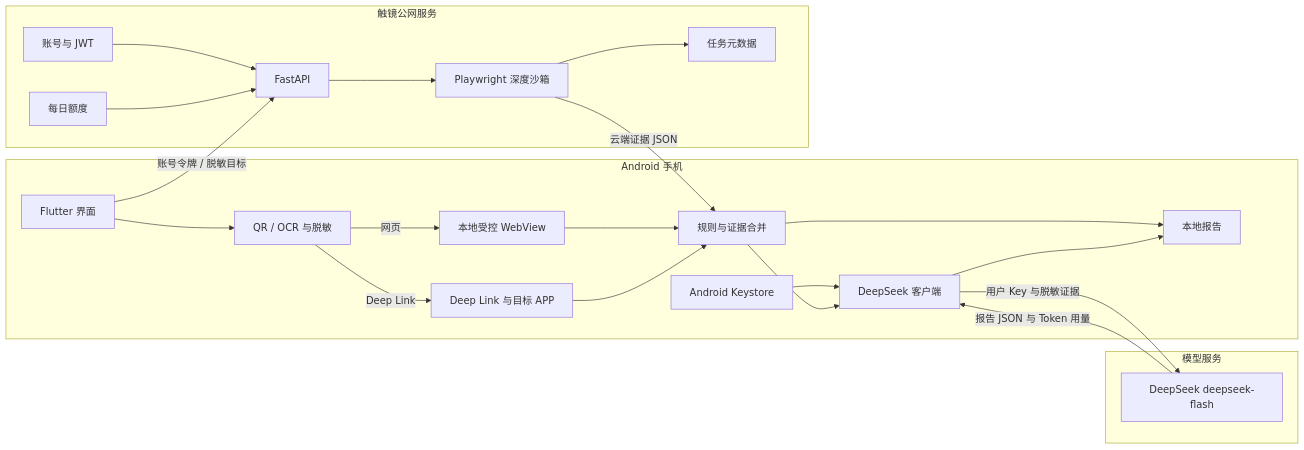
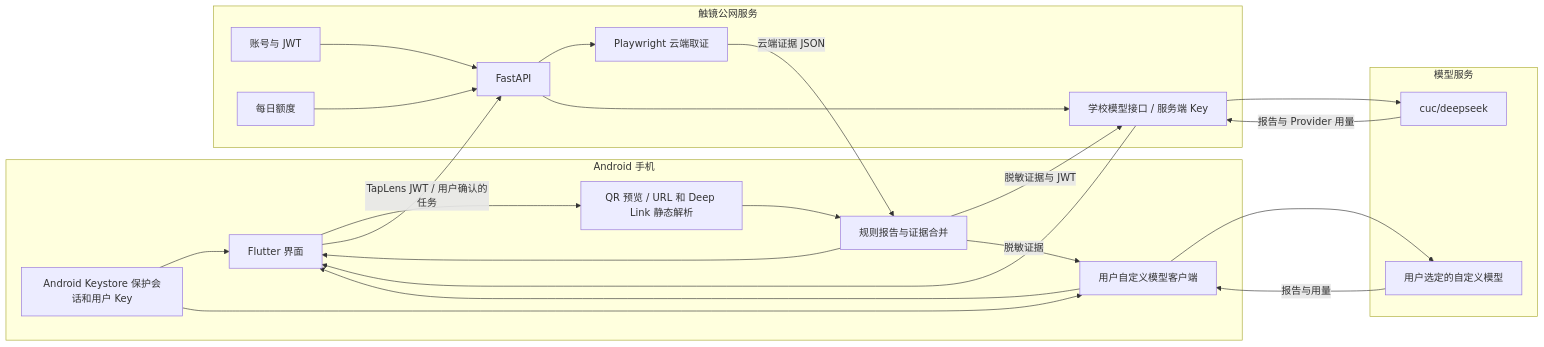
Before and after one commit to xl3036197231/TapLens: the second of 2 diagrams in README.md, drawn with Mermaid. The commit also changed other lines of this file and 6 other files, not shown here.

````diff
--- a/README.md
+++ b/README.md
@@ -91,38 +90,37 @@
 ```mermaid
 flowchart LR
     subgraph Phone[Android 手机]
         UI[Flutter 界面]
-        OCR[QR / OCR 与脱敏]
-        DL[Deep Link 与目标 APP]
-        LW[本地受控 WebView]
-        RULE[规则与证据合并]
-        KEY[Android Keystore]
-        AI[DeepSeek 客户端]
-        HIST[本地报告]
-        UI --> OCR
-        OCR -->|网页| LW --> RULE
-        OCR -->|Deep Link| DL --> RULE
-        KEY --> AI
-        RULE --> HIST
-        RULE --> AI --> HIST
+        PREVIEW[QR 预览 / URL 和 Deep Link 静态解析]
+        RULE[规则报告与证据合并]
+        STORE[Android Keystore 保护会话和用户 Key]
+        CUSTOM[用户自定义模型客户端]
+        UI --> PREVIEW --> RULE
+        STORE --> UI
+        STORE --> CUSTOM
+        RULE --> UI
     end
 
     subgraph Server[触镜公网服务]
         AUTH[账号与 JWT]
         QUOTA[每日额度]
         API[FastAPI]
-        PW[Playwright 深度沙箱]
-        META[任务元数据]
+        PW[Playwright 云端取证]
+        SCHOOL[学校模型接口 / 服务端 Key]
         AUTH --> API
-        QUOTA --> API --> PW --> META
+        QUOTA --> API --> PW
+        API --> SCHOOL
     end
 
     subgraph Provider[模型服务]
-        DS[DeepSeek deepseek-flash]
+        CAMPUS[cuc/deepseek]
+        USER[用户选定的自定义模型]
     end
 
-    UI -->|账号令牌 / 脱敏目标| API
+    UI -->|TapLens JWT / 用户确认的任务| API
     PW -->|云端证据 JSON| RULE
-    AI -->|用户 Key 与脱敏证据| DS
-    DS -->|报告 JSON 与 Token 用量| AI
+    RULE -->|脱敏证据与 JWT| SCHOOL --> CAMPUS
+    CAMPUS -->|报告与 Provider 用量| SCHOOL --> UI
+    RULE -->|脱敏证据| CUSTOM --> USER
+    USER -->|报告与用量| CUSTOM --> UI
 ```
````
